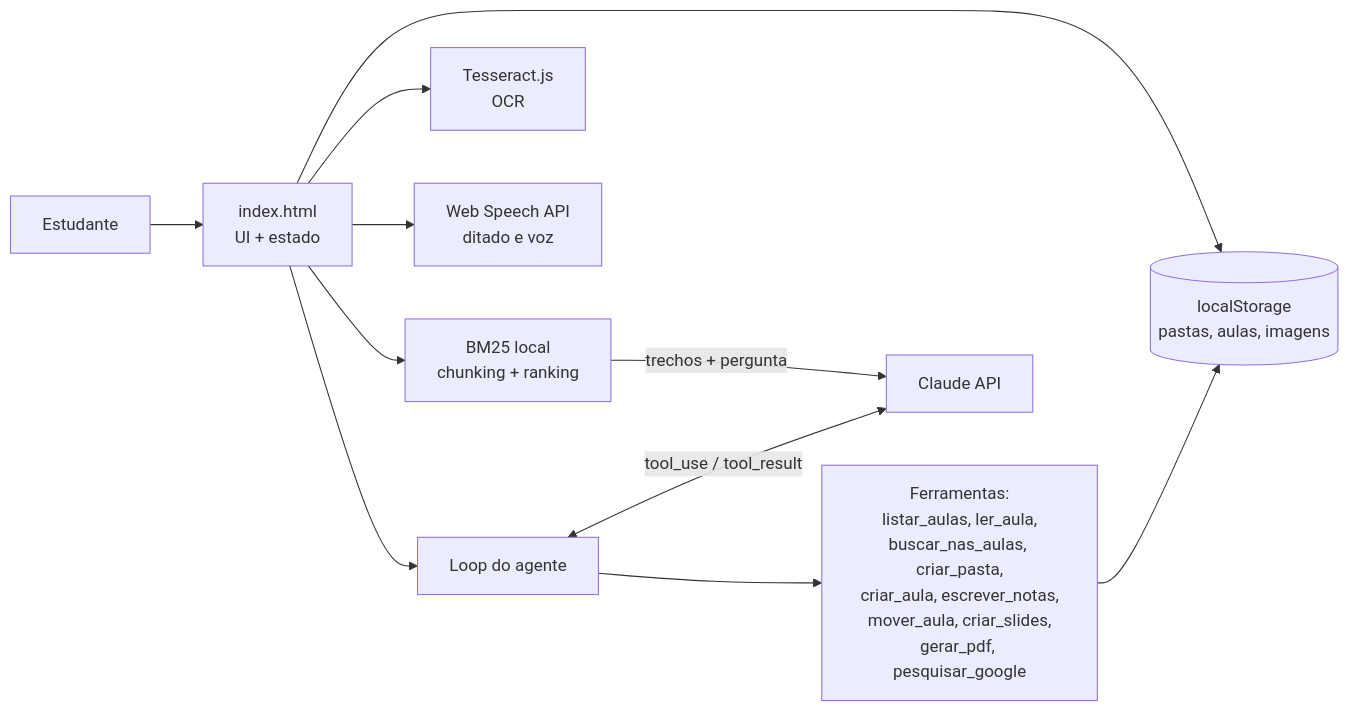
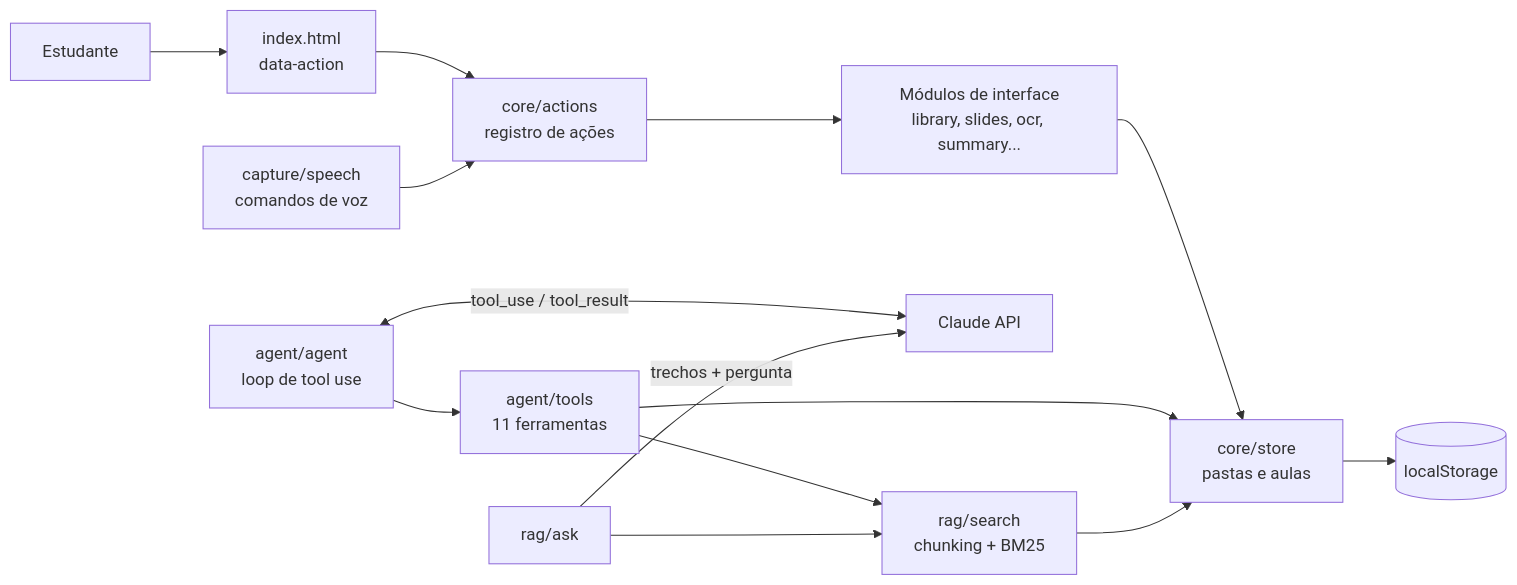
Before and after one commit to anakarollina19/estudaai: the diagram in README.md, drawn with Mermaid. The commit also changed other lines of this file and 34 other files, not shown here.

````diff
--- a/README.md
+++ b/README.md
@@ -23,13 +25,16 @@
 ```mermaid
 flowchart LR
-  U[Estudante] --> UI[index.html<br/>UI + estado]
-  UI --> LS[(localStorage<br/>pastas, aulas, imagens)]
-  UI --> OCR[Tesseract.js<br/>OCR]
-  UI --> SR[Web Speech API<br/>ditado e voz]
-  UI --> RAG[BM25 local<br/>chunking + ranking]
-  UI --> AG[Loop do agente]
-  AG <-->|tool_use / tool_result| C[Claude API]
-  RAG -->|trechos + pergunta| C
-  AG --> T[Ferramentas:<br/>listar_aulas, ler_aula,<br/>buscar_nas_aulas, criar_pasta,<br/>criar_aula, escrever_notas,<br/>mover_aula, criar_slides,<br/>gerar_pdf, pesquisar_google]
-  T --> LS
+  U[Estudante] --> UI[index.html<br/>data-action]
+  UI --> ACT[core/actions<br/>registro de ações]
+  VOZ[capture/speech<br/>comandos de voz] --> ACT
+  ACT --> MOD[Módulos de interface<br/>library, slides, ocr, summary...]
+  MOD --> ST[core/store<br/>pastas e aulas]
+  ST --> LS[(localStorage)]
+  AG[agent/agent<br/>loop de tool use] <-->|tool_use / tool_result| C[Claude API]
+  AG --> T[agent/tools<br/>11 ferramentas]
+  T --> ST
+  T --> RAG[rag/search<br/>chunking + BM25]
+  RAG --> ST
+  ASK[rag/ask] --> RAG
+  ASK -->|trechos + pergunta| C
 ```
````
